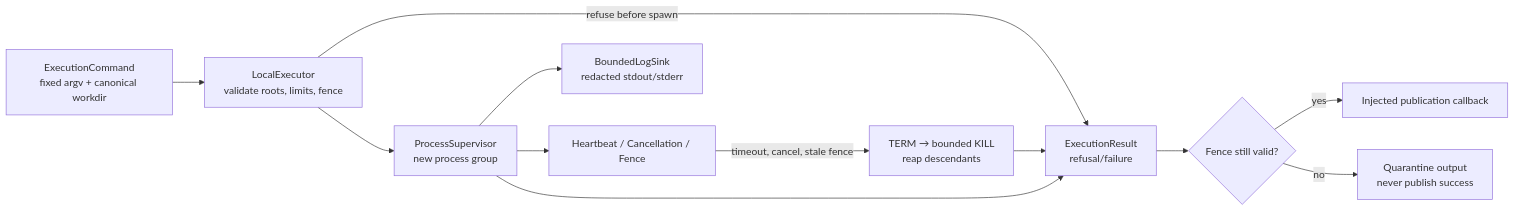
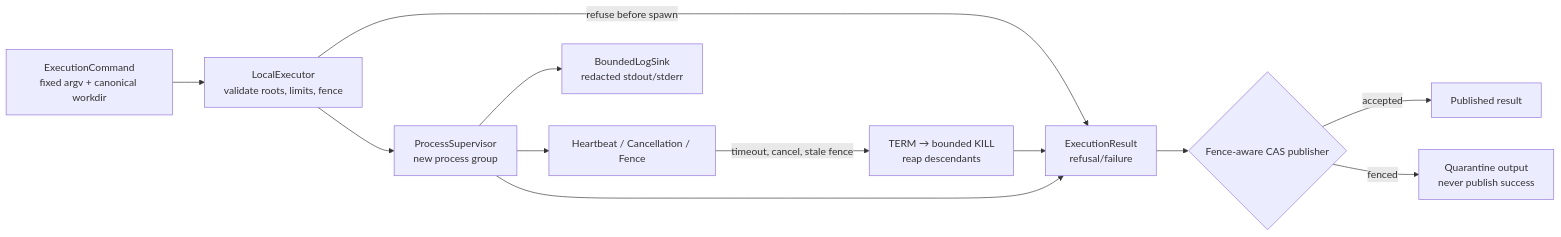
Before and after one commit to Knuckles-Team/repository-manager: the diagram in repository_manager/execution/README.md, drawn with Mermaid. The commit also changed other lines of this file and 3 other files, not shown here.

Commit message:
RMDD-07: fence publication and restrict environment

````diff
--- a/repository_manager/execution/README.md
+++ b/repository_manager/execution/README.md
@@ -7,14 +7,14 @@
 ```mermaid
 flowchart LR
     C[ExecutionCommand<br/>fixed argv + canonical workdir] --> V[LocalExecutor<br/>validate roots, limits, fence]
     V -->|refuse before spawn| R[ExecutionResult<br/>refusal/failure]
     V --> S[ProcessSupervisor<br/>new process group]
     S --> O[BoundedLogSink<br/>redacted stdout/stderr]
     S --> H[Heartbeat / Cancellation / Fence]
     H -->|timeout, cancel, stale fence| T[TERM → bounded KILL<br/>reap descendants]
     T --> R
     S --> R
-    R --> P{Fence still valid?}
-    P -->|yes| U[Injected publication callback]
-    P -->|no| Q[Quarantine output<br/>never publish success]
+    R --> P{Fence-aware CAS publisher}
+    P -->|accepted| U[Published result]
+    P -->|fenced| Q[Quarantine output<br/>never publish success]
 ```
````
